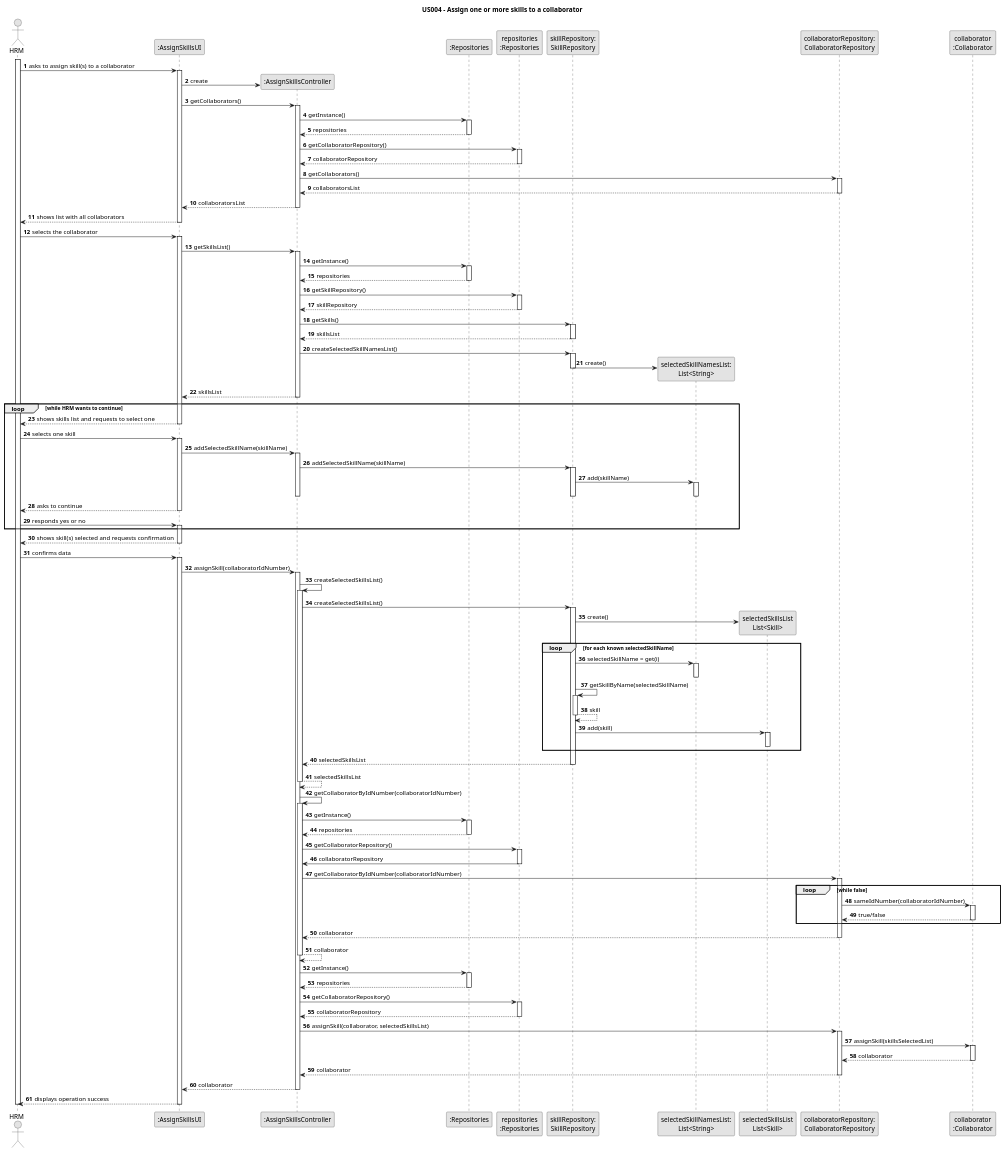
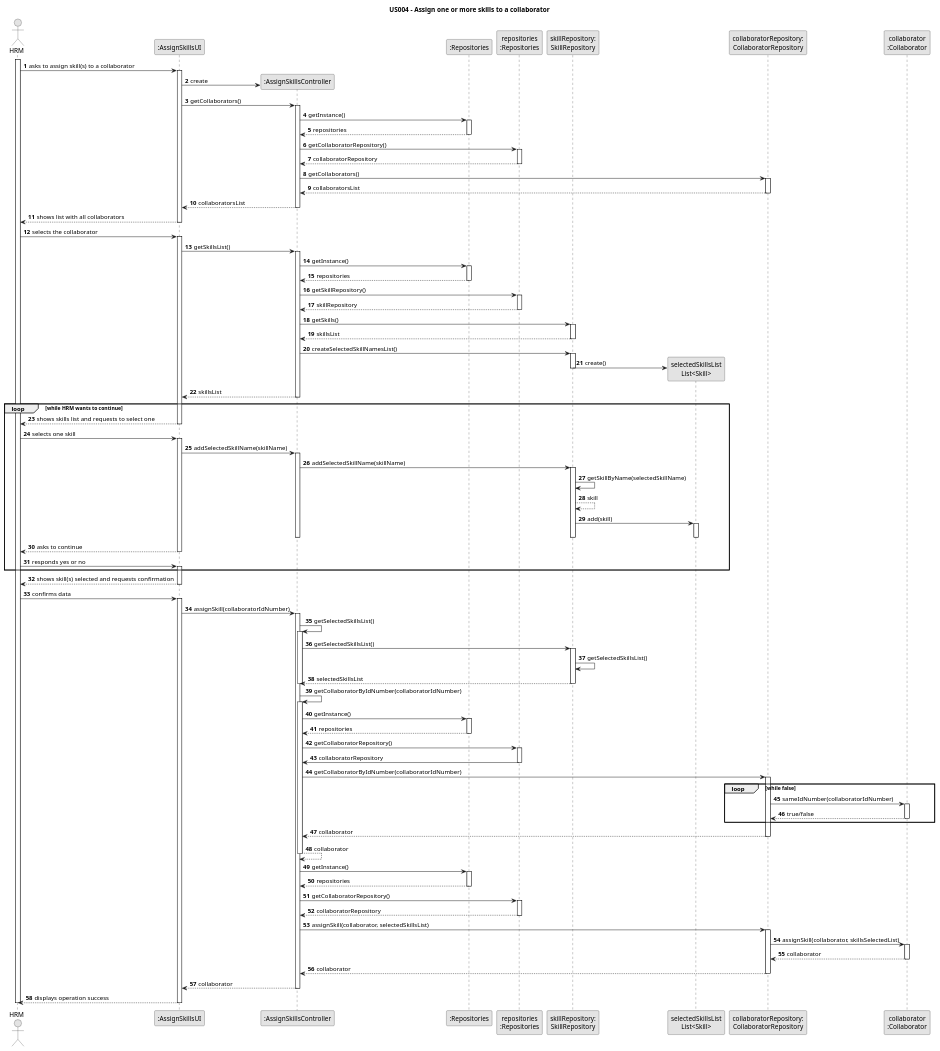
Before and after one commit to Departamento-de-Engenharia-Informatica/lei-24-s2-1dm-g132: the diagram in docs/sprintB/us004/03.design/puml/us004-sequence-diagram-full.puml, drawn with PlantUML. The commit also changed 1 other file, not shown here.

Commit message:
US04 updated sequence diagram full: removed selectedSkillsNameList

```diff
--- a/docs/sprintB/us004/03.design/puml/us004-sequence-diagram-full.puml
+++ b/docs/sprintB/us004/03.design/puml/us004-sequence-diagram-full.puml
@@ -13,7 +13,6 @@
 participant ":Repositories" as RepositorySingleton
 participant "repositories\n:Repositories" as PLAT
 participant "skillRepository:\nSkillRepository" as SkillRepository
-participant "selectedSkillNamesList:\nList<String>" as selectedSkillNamesList
 participant "selectedSkillsList\nList<Skill>" as selectedSkillsList
 participant "collaboratorRepository:\nCollaboratorRepository" as CollaboratorRepository
 participant "collaborator\n:Collaborator" as Collaborator
@@ -79,7 +78,7 @@
             CTRL -> SkillRepository : createSelectedSkillNamesList()
             activate SkillRepository
 
-                SkillRepository -> selectedSkillNamesList** : create()
+                SkillRepository -> selectedSkillsList** : create()
             deactivate SkillRepository
 
             CTRL --> UI : skillsList
@@ -98,10 +97,13 @@
         CTRL -> SkillRepository: addSelectedSkillName(skillName)
         activate SkillRepository
 
-            SkillRepository -> selectedSkillNamesList : add(skillName)
-                activate selectedSkillNamesList
+            SkillRepository -> SkillRepository: getSkillByName(selectedSkillName)
 
-                deactivate selectedSkillNamesList
+            SkillRepository --> SkillRepository: skill
+            SkillRepository -> selectedSkillsList : add(skill)
+            activate selectedSkillsList
+
+            deactivate selectedSkillsList
 
             deactivate SkillRepository
 
@@ -125,39 +127,16 @@
     UI -> CTRL : assignSkill(collaboratorIdNumber)
     activate CTRL
 
-    CTRL -> CTRL : createSelectedSkillsList()
-                activate CTRL
+    CTRL -> CTRL : getSelectedSkillsList()
+    activate CTRL
 
-                CTRL -> SkillRepository : createSelectedSkillsList()
-                activate SkillRepository
+    CTRL -> SkillRepository : getSelectedSkillsList()
+    activate SkillRepository
 
-                    SkillRepository -> selectedSkillsList** : create()
-
-                    loop for each known selectedSkillName
-
-                    SkillRepository -> selectedSkillNamesList : selectedSkillName = get(i)
-                    activate selectedSkillNamesList
-
-                    deactivate selectedSkillNamesList
-
-                    SkillRepository -> SkillRepository: getSkillByName(selectedSkillName)
-                    activate SkillRepository
-
-                    SkillRepository --> SkillRepository: skill
-                    deactivate SkillRepository
-
-                    SkillRepository -> selectedSkillsList : add(skill)
-                    activate selectedSkillsList
-
-                    deactivate selectedSkillsList
-
-                    end loop
-
-                    SkillRepository --> CTRL : selectedSkillsList
-                    deactivate SkillRepository
-
-                        CTRL --> CTRL : selectedSkillsList
-                deactivate CTRL
+    SkillRepository -> SkillRepository : getSelectedSkillsList()
+    SkillRepository --> CTRL : selectedSkillsList
+    deactivate SkillRepository
+    deactivate CTRL
 
         CTRL -> CTRL : getCollaboratorByIdNumber(collaboratorIdNumber)
                     activate CTRL
@@ -207,7 +186,7 @@
                 CTRL -> CollaboratorRepository : assignSkill(collaborator, selectedSkillsList)
                 activate CollaboratorRepository
 
-                CollaboratorRepository -> Collaborator: assignSkill(skillsSelectedList)
+                CollaboratorRepository -> Collaborator: assignSkill(collaborator, skillsSelectedList)
                 activate Collaborator
 
                 Collaborator --> CollaboratorRepository : collaborator
```
